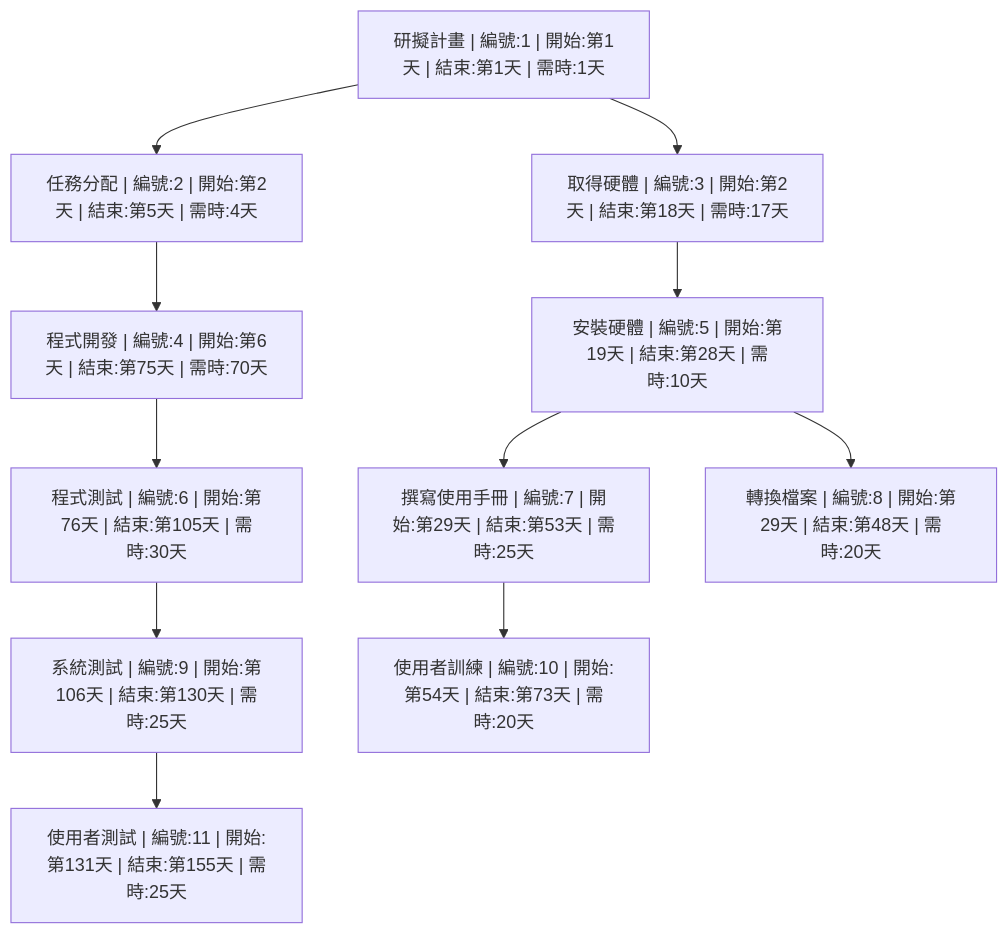
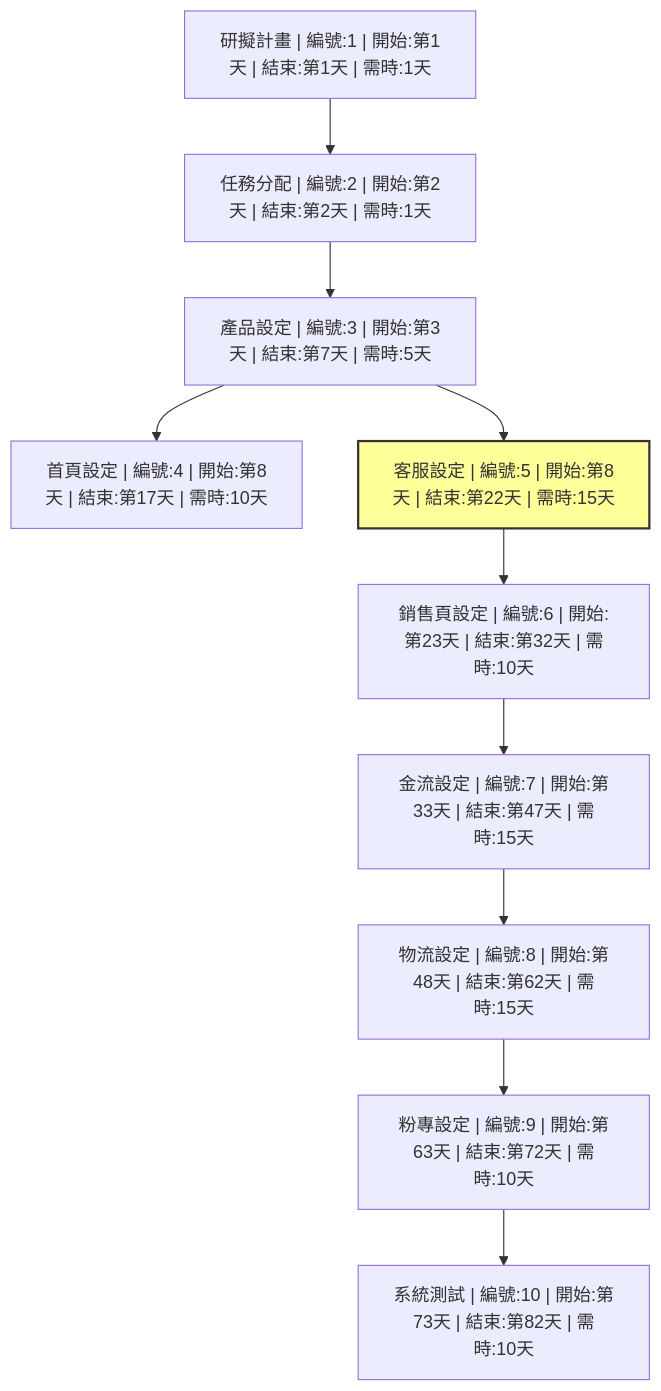
Before and after one commit to SayoruFps/E-commerce_MiDo-Bakery: the third of 3 diagrams in README.md, drawn with Mermaid. The commit also changed other lines of this file, not shown here.

````diff
--- a/README.md
+++ b/README.md
@@ -70,17 +65,16 @@
 ```mermaid
    graph TD
-    no1["研擬計畫 | 編號:1 | 開始:第1天 | 結束:第1天 | 需時:1天"] --> no2["任務分配 | 編號:2 | 開始:第2天 | 結束:第5天 | 需時:4天"]
-    no1 --> no3["取得硬體 | 編號:3 | 開始:第2天 | 結束:第18天 | 需時:17天"]
+    no1["研擬計畫 | 編號:1 | 開始:第1天 | 結束:第1天 | 需時:1天"] --> no2["任務分配 | 編號:2 | 開始:第2天 | 結束:第2天 | 需時:1天"]
+    no2 --> no3["產品設定 | 編號:3 | 開始:第3天 | 結束:第7天 | 需時:5天"]
 
-    no2 --> no4["程式開發 | 編號:4 | 開始:第6天 | 結束:第75天 | 需時:70天"]
-    no3 --> no5["安裝硬體 | 編號:5 | 開始:第19天 | 結束:第28天 | 需時:10天"]
+    no3 --> no4["首頁設定 | 編號:4 | 開始:第8天 | 結束:第17天 | 需時:10天"]
+    no3 --> no5["客服設定 | 編號:5 | 開始:第8天 | 結束:第22天 | 需時:15天"]
 
-    no4 --> no6["程式測試 | 編號:6 | 開始:第76天 | 結束:第105天 | 需時:30天"]
-    no5 --> no7["撰寫使用手冊 | 編號:7 | 開始:第29天 | 結束:第53天 | 需時:25天"]
-    no5 --> no8["轉換檔案 | 編號:8 | 開始:第29天 | 結束:第48天 | 需時:20天"]
+    no5 --> no6["銷售頁設定 | 編號:6 | 開始:第23天 | 結束:第32天 | 需時:10天"]
+    no6 --> no7["金流設定 | 編號:7 | 開始:第33天 | 結束:第47天 | 需時:15天"]
+    no7 --> no8["物流設定 | 編號:8 | 開始:第48天 | 結束:第62天 | 需時:15天"]
+    no8 --> no9["粉專設定 | 編號:9 | 開始:第63天 | 結束:第72天 | 需時:10天"]
+    no9 --> no10["系統測試 | 編號:10 | 開始:第73天 | 結束:第82天 | 需時:10天"]
 
-    no6 --> no9["系統測試 | 編號:9 | 開始:第106天 | 結束:第130天 | 需時:25天"]
-    no7 --> no10["使用者訓練 | 編號:10 | 開始:第54天 | 結束:第73天 | 需時:20天"]
-
-    no9 --> no11["使用者測試 | 編號:11 | 開始:第131天 | 結束:第155天 | 需時:25天"]
+    style no5 fill:#ffff99,stroke:#333,stroke-width:2px
 ```
````
